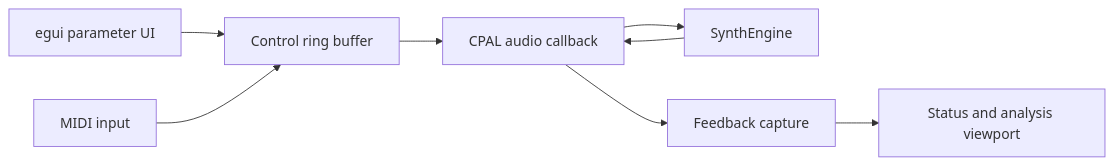
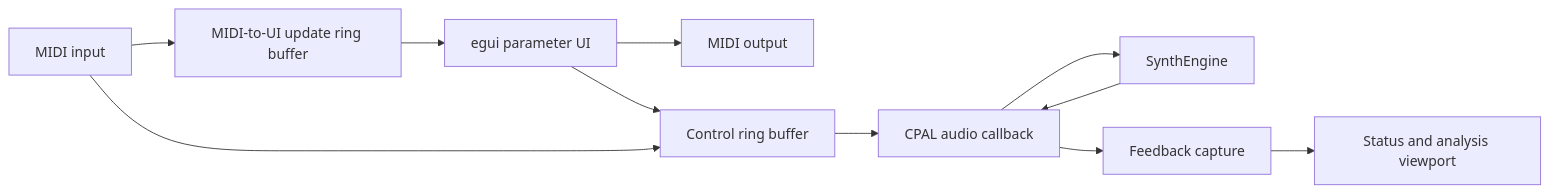
The diagram in docs/src/application.md (chris-zen/noctum-synth), drawn with Mermaid before and after one commit. The commit also changed other lines of this file and 18 other files, not shown here.

````diff
--- a/docs/src/application.md
+++ b/docs/src/application.md
@@ -32,18 +35,23 @@
 ```mermaid
 flowchart LR
     UI["egui parameter UI"]
     MIDI["MIDI input"]
+    MIDIOut["MIDI output"]
     Queue["Control ring buffer"]
+    UIQueue["MIDI-to-UI update ring buffer"]
     Audio["CPAL audio callback"]
     Engine["SynthEngine"]
     Feedback["Feedback capture"]
     Analysis["Status and analysis viewport"]
 
     UI --> Queue
+    UI --> MIDIOut
     MIDI --> Queue
+    MIDI --> UIQueue
+    UIQueue --> UI
     Queue --> Audio
     Audio --> Engine
     Engine --> Audio
     Audio --> Feedback
     Feedback --> Analysis
 ```
````
